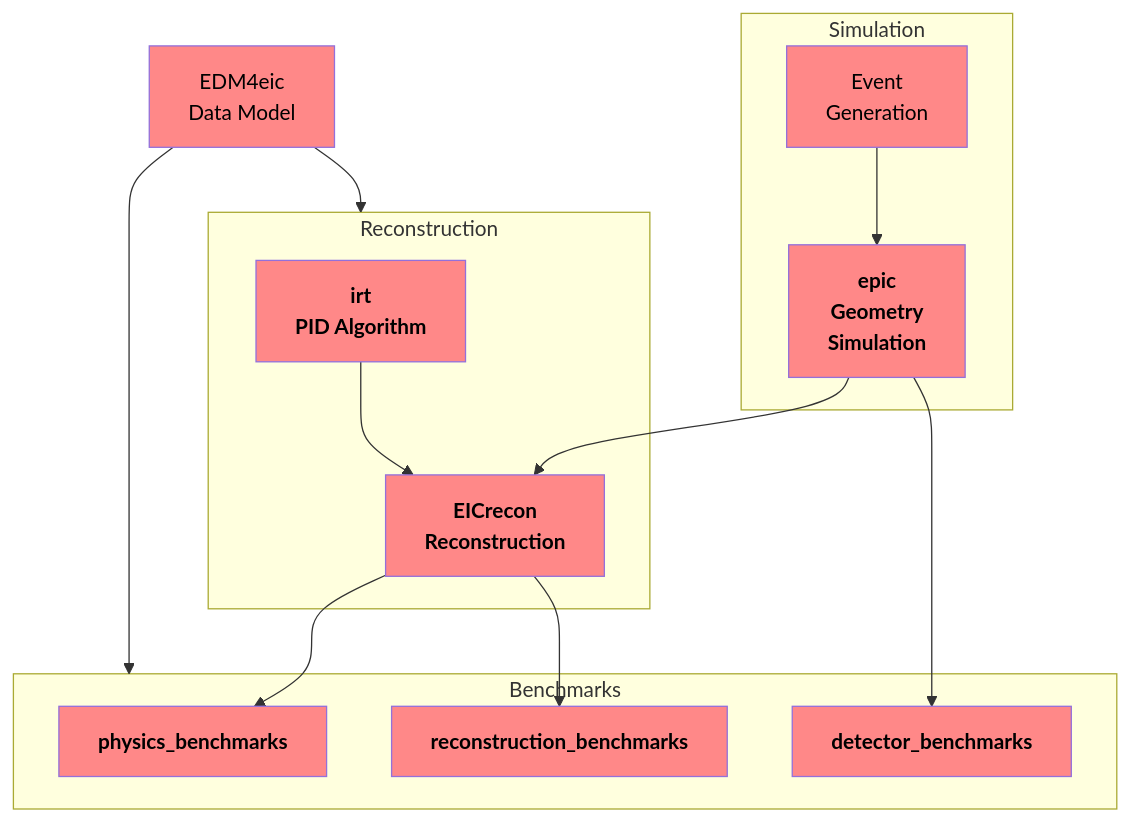
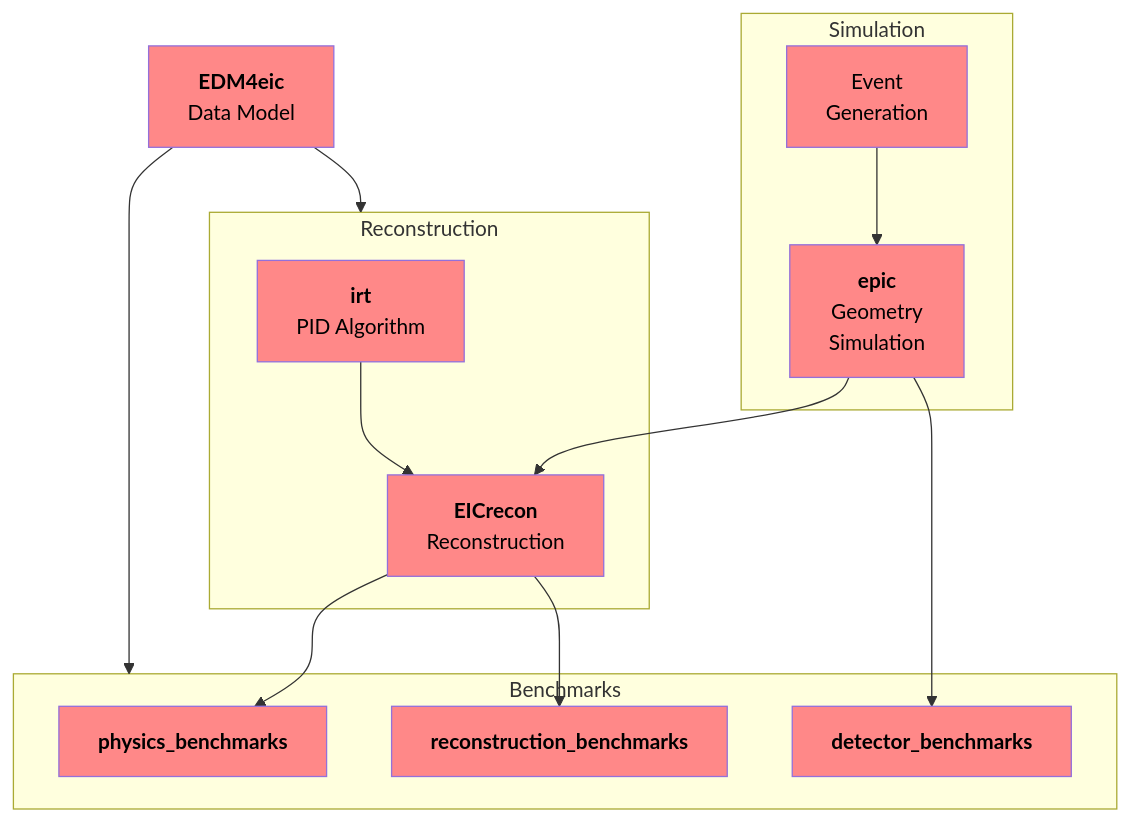
The first of 4 diagrams in README.md (eic/drich-dev), drawn with Mermaid before and after one commit.

Commit message:
modified:   README.md

````diff
--- a/README.md
+++ b/README.md
@@ -197,27 +197,27 @@
 ```mermaid
 flowchart TB
   classDef epic fill:#ff8888,color:black
 
-  EDM4eic[EDM4eic<br/>Data Model]:::epic
+  EDM4eic[<strong>EDM4eic</strong><br/>Data Model]:::epic
   subgraph Simulation
     EventGeneration[Event<br/>Generation]:::epic
-    epic[<strong>epic<strong/><br/>Geometry<br/>Simulation]:::epic
+    epic[<strong>epic</strong><br/>Geometry<br/>Simulation]:::epic
   end
   subgraph Reconstruction
-    irt[<strong>irt<strong/><br/>PID Algorithm]:::epic
-    EICrecon[<strong>EICrecon<strong/><br/>Reconstruction]:::epic
+    irt[<strong>irt</strong><br/>PID Algorithm]:::epic
+    EICrecon[<strong>EICrecon</strong><br/>Reconstruction]:::epic
   end
   subgraph Benchmarks
-    PhysicsBenchmarks[<strong>physics_benchmarks<strong/>]:::epic
-    ReconstructionBenchmarks[<strong>reconstruction_benchmarks<strong/>]:::epic
-    DetectorBenchmarks[<strong>detector_benchmarks<strong/>]:::epic
+    PhysicsBenchmarks[<strong>physics_benchmarks</strong>]:::epic
+    ReconstructionBenchmarks[<strong>reconstruction_benchmarks</strong>]:::epic
+    DetectorBenchmarks[<strong>detector_benchmarks</strong>]:::epic
   end
 
   EventGeneration --> epic --> EICrecon
   irt             --> EICrecon
   epic            --> DetectorBenchmarks
   EICrecon        --> PhysicsBenchmarks
   EICrecon        --> ReconstructionBenchmarks
   EDM4eic         --> Reconstruction
   EDM4eic         --> Benchmarks
 ```
````
